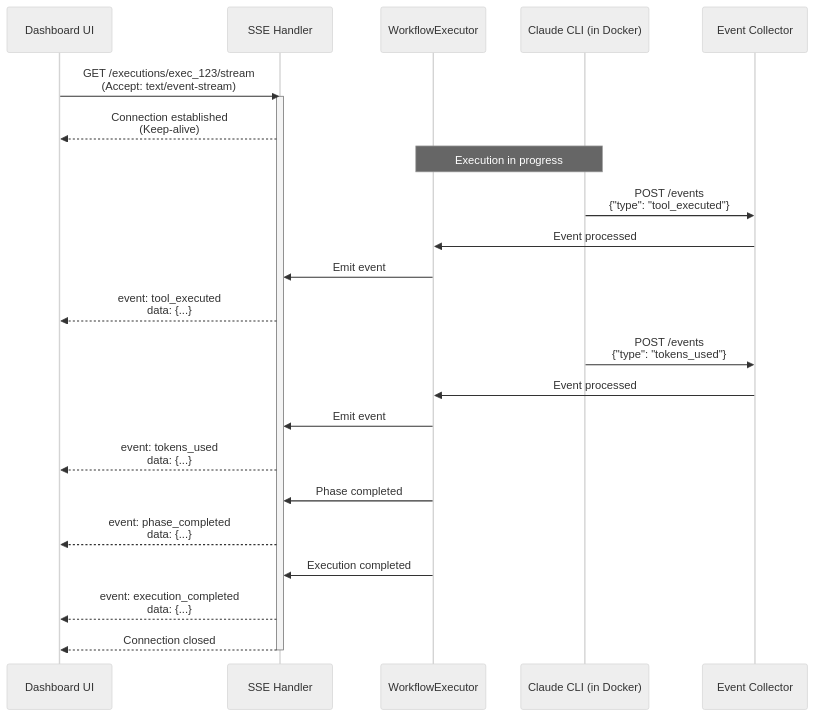
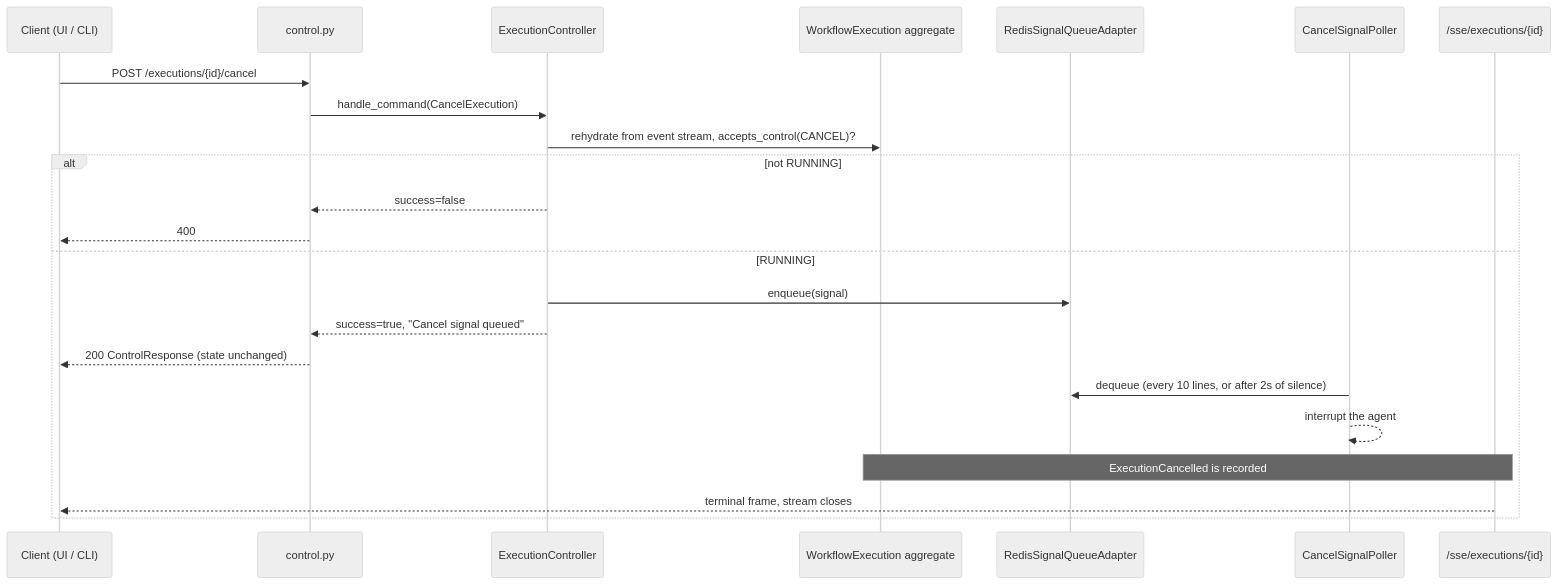
The second of 2 diagrams in docs/architecture/realtime-communication.md (syntropic137/syntropic137), drawn with Mermaid (neutral theme) before and after one commit. The commit also changed other lines of this file and 1 other file, not shown here.

First line of the commit message:
docs(architecture): rewrite realtime-communication for SSE + HTTP control (#1469)

````diff
--- a/docs/architecture/realtime-communication.md
+++ b/docs/architecture/realtime-communication.md
@@ -229,33 +170,26 @@
 ```mermaid
 sequenceDiagram
-    participant Client as Dashboard UI
-    participant SSE as SSE Handler
-    participant Executor as WorkflowExecutor
-    participant Agent as Claude CLI (in Docker)
-    participant Collector as Event Collector
-    
-    Client->>SSE: GET /executions/exec_123/stream<br/>(Accept: text/event-stream)
-    activate SSE
-    SSE-->>Client: Connection established<br/>(Keep-alive)
-    
-    Note over Executor,Agent: Execution in progress
-    
-    Agent->>Collector: POST /events<br/>{"type": "tool_executed"}
-    Collector->>Executor: Event processed
-    Executor->>SSE: Emit event
-    SSE-->>Client: event: tool_executed<br/>data: {...}
-    
-    Agent->>Collector: POST /events<br/>{"type": "tokens_used"}
-    Collector->>Executor: Event processed
-    Executor->>SSE: Emit event
-    SSE-->>Client: event: tokens_used<br/>data: {...}
-    
-    Executor->>SSE: Phase completed
-    SSE-->>Client: event: phase_completed<br/>data: {...}
-    
-    Executor->>SSE: Execution completed
-    SSE-->>Client: event: execution_completed<br/>data: {...}
-    
-    SSE-->>Client: Connection closed
-    deactivate SSE
+    participant C as Client (UI / CLI)
+    participant API as control.py
+    participant EC as ExecutionController
+    participant AGG as WorkflowExecution aggregate
+    participant Q as RedisSignalQueueAdapter
+    participant P as CancelSignalPoller
+    participant SSE as /sse/executions/{id}
+
+    C->>API: POST /executions/{id}/cancel
+    API->>EC: handle_command(CancelExecution)
+    EC->>AGG: rehydrate from event stream, accepts_control(CANCEL)?
+    alt not RUNNING
+        EC-->>API: success=false
+        API-->>C: 400
+    else RUNNING
+        EC->>Q: enqueue(signal)
+        EC-->>API: success=true, "Cancel signal queued"
+        API-->>C: 200 ControlResponse (state unchanged)
+        P->>Q: dequeue (every 10 lines, or after 2s of silence)
+        P-->>P: interrupt the agent
+        Note over AGG,SSE: ExecutionCancelled is recorded
+        SSE-->>C: terminal frame, stream closes
+    end
 ```
````
